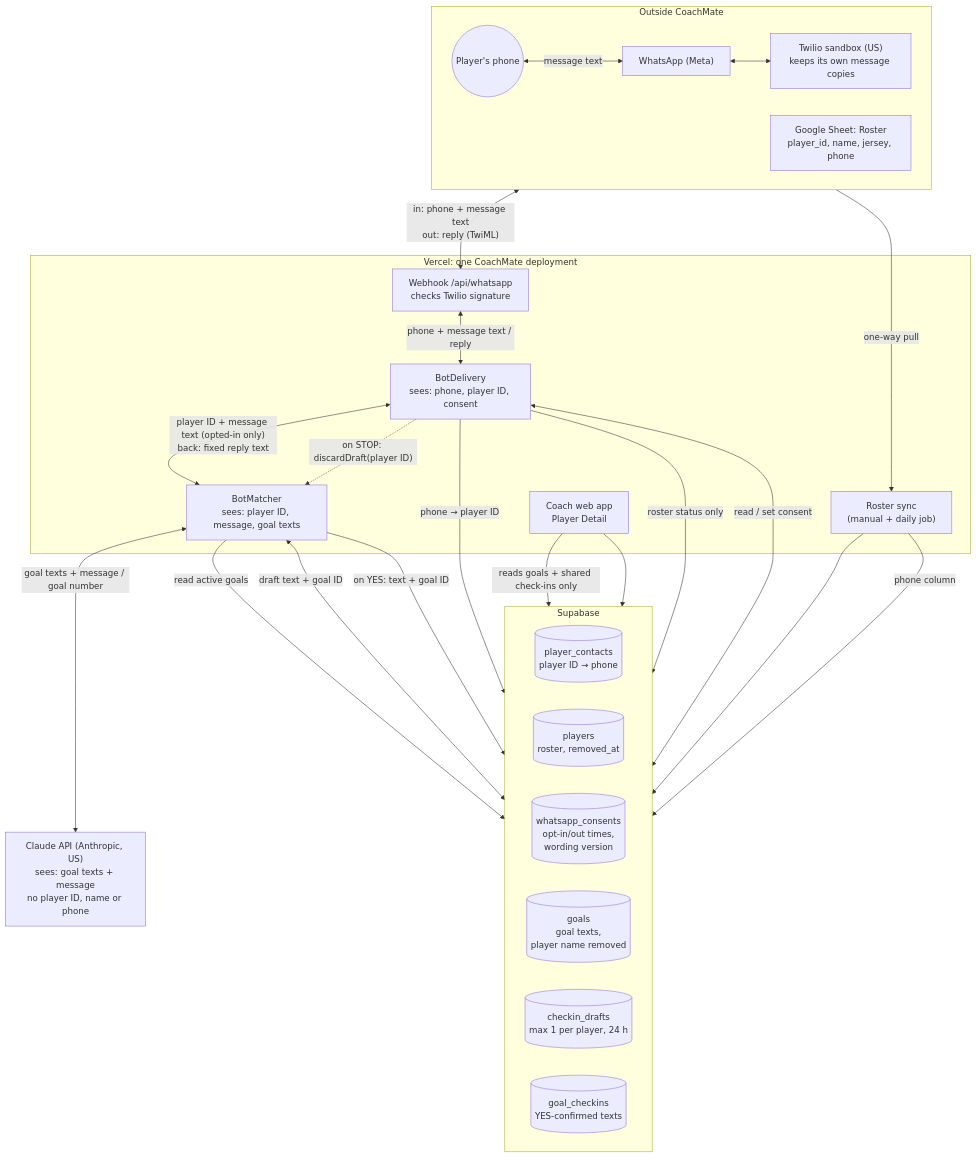
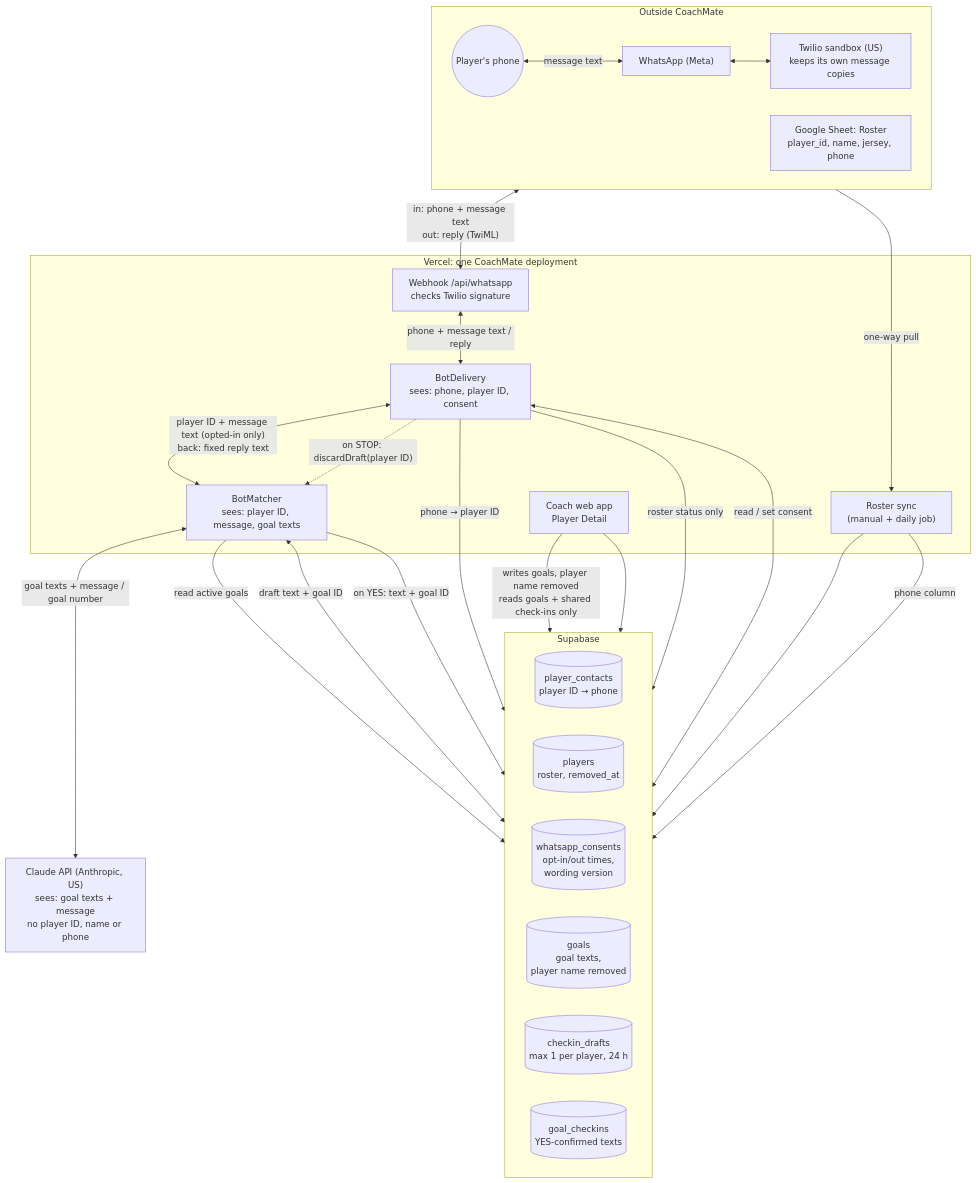
One commit to rnegash/CoachMate changed the second of 3 diagrams in documentation/CoachMate_WhatsApp_Checkin_Flows.md. Above: the diagram before and after it, drawn with Mermaid. The commit also changed other lines of this file and 4 other files, not shown here.

Commit message:
diagrams skill

````diff
--- a/documentation/CoachMate_WhatsApp_Checkin_Flows.md
+++ b/documentation/CoachMate_WhatsApp_Checkin_Flows.md
@@ -77,47 +77,47 @@
 ```mermaid
 flowchart TB
     subgraph EXT["Outside CoachMate"]
         direction LR
         Phone(("Player's phone")) <-->|message text| Meta["WhatsApp (Meta)"] <--> Twilio["Twilio sandbox (US)<br/>keeps its own message copies"]
         Sheet["Google Sheet: Roster<br/>player_id, name, jersey, phone"]
     end
 
     subgraph VERCEL["Vercel: one CoachMate deployment"]
         Route["Webhook /api/whatsapp<br/>checks Twilio signature"]
         BD["BotDelivery<br/>sees: phone, player ID, consent"]
         BM["BotMatcher<br/>sees: player ID, message, goal texts"]
         Sync["Roster sync<br/>(manual + daily job)"]
         App["Coach web app<br/>Player Detail"]
     end
 
     subgraph SUPA["Supabase"]
         direction LR
         Contacts[("player_contacts<br/>player ID → phone")]
         Players[("players<br/>roster, removed_at")]
         Consents[("whatsapp_consents<br/>opt-in/out times,<br/>wording version")]
         Goals[("goals<br/>goal texts,<br/>player name removed")]
         Drafts[("checkin_drafts<br/>max 1 per player, 24 h")]
         Checkins[("goal_checkins<br/>YES-confirmed texts")]
     end
 
     Claude["Claude API (Anthropic, US)<br/>sees: goal texts + message<br/>no player ID, name or phone"]
 
     Twilio <-->|"in: phone + message text<br/>out: reply (TwiML)"| Route
     Route <-->|"phone + message text / reply"| BD
     BD <-->|"player ID + message text (opted-in only)<br/>back: fixed reply text"| BM
     BD -.->|"on STOP: discardDraft(player ID)"| BM
     BM <-->|"goal texts + message / goal number"| Claude
 
     BD -->|"phone → player ID"| Contacts
     BD -->|"roster status only"| Players
     BD <-->|"read / set consent"| Consents
     BM -->|"read active goals"| Goals
     BM <-->|"draft text + goal ID"| Drafts
     BM -->|"on YES: text + goal ID"| Checkins
 
     Sheet -->|"one-way pull"| Sync
     Sync --> Players
     Sync -->|"phone column"| Contacts
-    App -->|"reads goals + shared check-ins only"| Goals
+    App -->|"writes goals, player name removed<br/>reads goals + shared check-ins only"| Goals
     App --> Checkins
 ```
````
